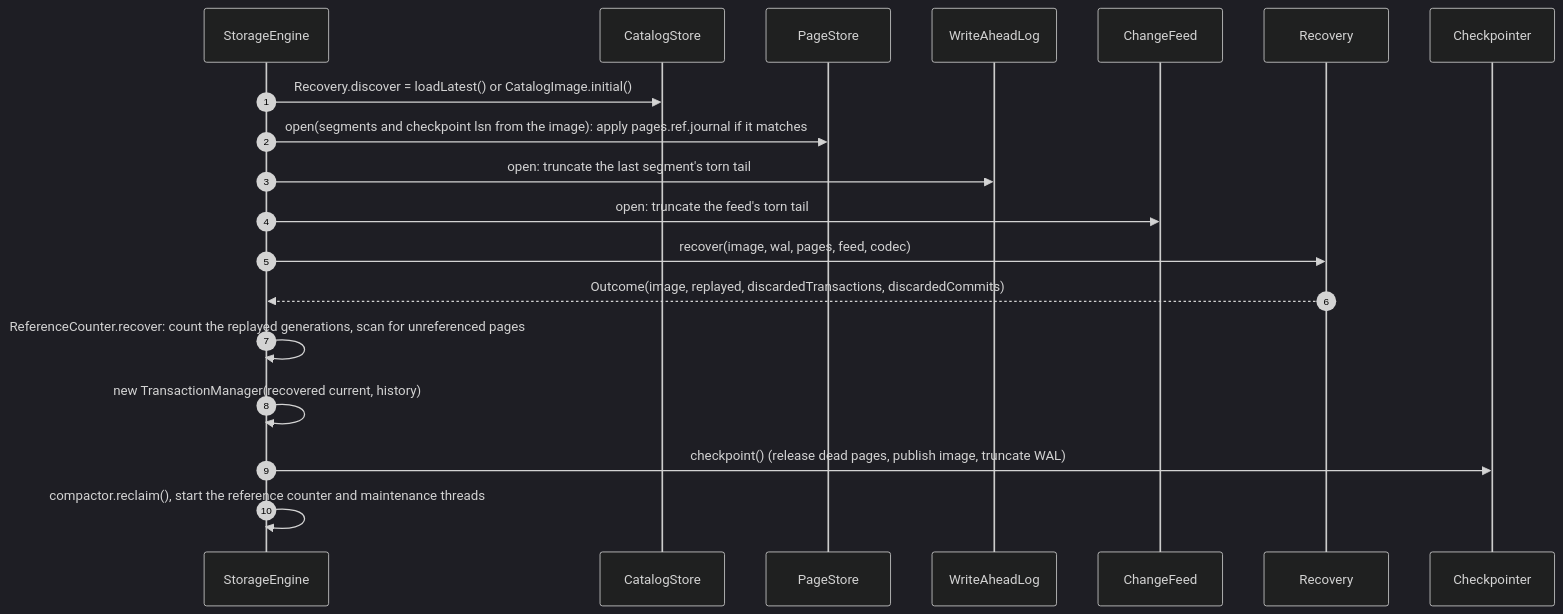
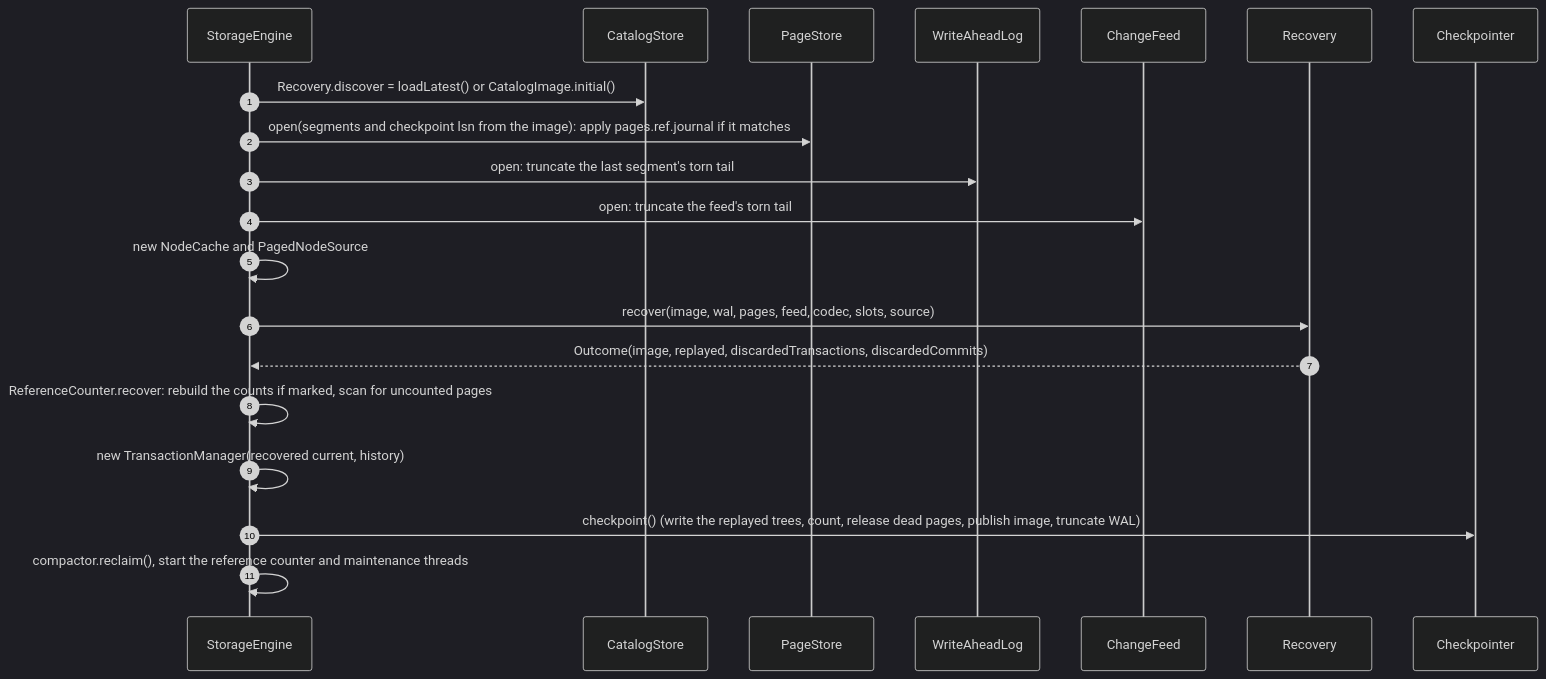
One commit to Ujjwaljain16/hypergraph changed the second of 2 diagrams in docs/transactions/wal-and-recovery.md. Above: the diagram before and after it, drawn with Mermaid (dark theme). The commit also changed other lines of this file and 12 other files, not shown here.

Commit message:
docs: describe logged commits, checkpoint writes and the write buffer

````diff
--- a/docs/transactions/wal-and-recovery.md
+++ b/docs/transactions/wal-and-recovery.md
@@ -226,21 +256,22 @@
 ```mermaid
 sequenceDiagram
     autonumber
     participant SE as StorageEngine
     participant CS as CatalogStore
     participant PS as PageStore
     participant WAL as WriteAheadLog
     participant CF as ChangeFeed
     participant R as Recovery
     participant CK as Checkpointer
     SE->>CS: Recovery.discover = loadLatest() or CatalogImage.initial()
     SE->>PS: open(segments and checkpoint lsn from the image): apply pages.ref.journal if it matches
     SE->>WAL: open: truncate the last segment's torn tail
     SE->>CF: open: truncate the feed's torn tail
-    SE->>R: recover(image, wal, pages, feed, codec)
+    SE->>SE: new NodeCache and PagedNodeSource
+    SE->>R: recover(image, wal, pages, feed, codec, slots, source)
     R-->>SE: Outcome(image, replayed, discardedTransactions, discardedCommits)
-    SE->>SE: ReferenceCounter.recover: count the replayed generations, scan for unreferenced pages
+    SE->>SE: ReferenceCounter.recover: rebuild the counts if marked, scan for uncounted pages
     SE->>SE: new TransactionManager(recovered current, history)
-    SE->>CK: checkpoint() (release dead pages, publish image, truncate WAL)
+    SE->>CK: checkpoint() (write the replayed trees, count, release dead pages, publish image, truncate WAL)
     SE->>SE: compactor.reclaim(), start the reference counter and maintenance threads
 ```
````
